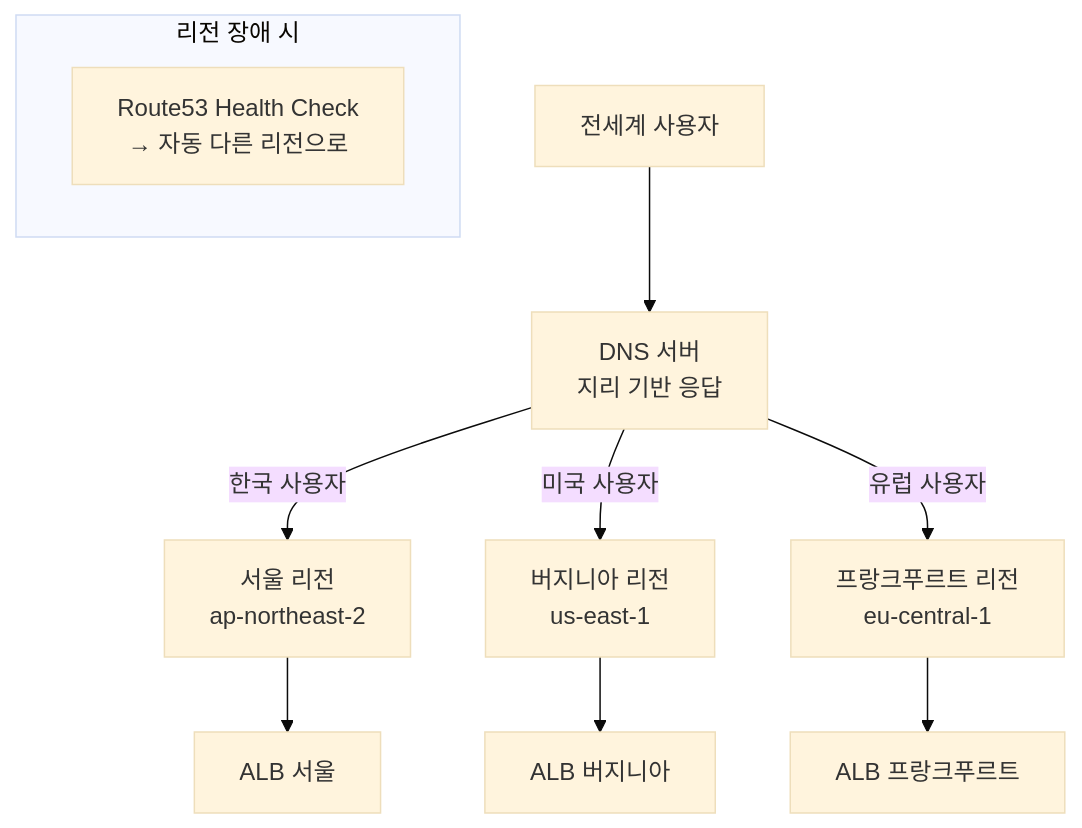
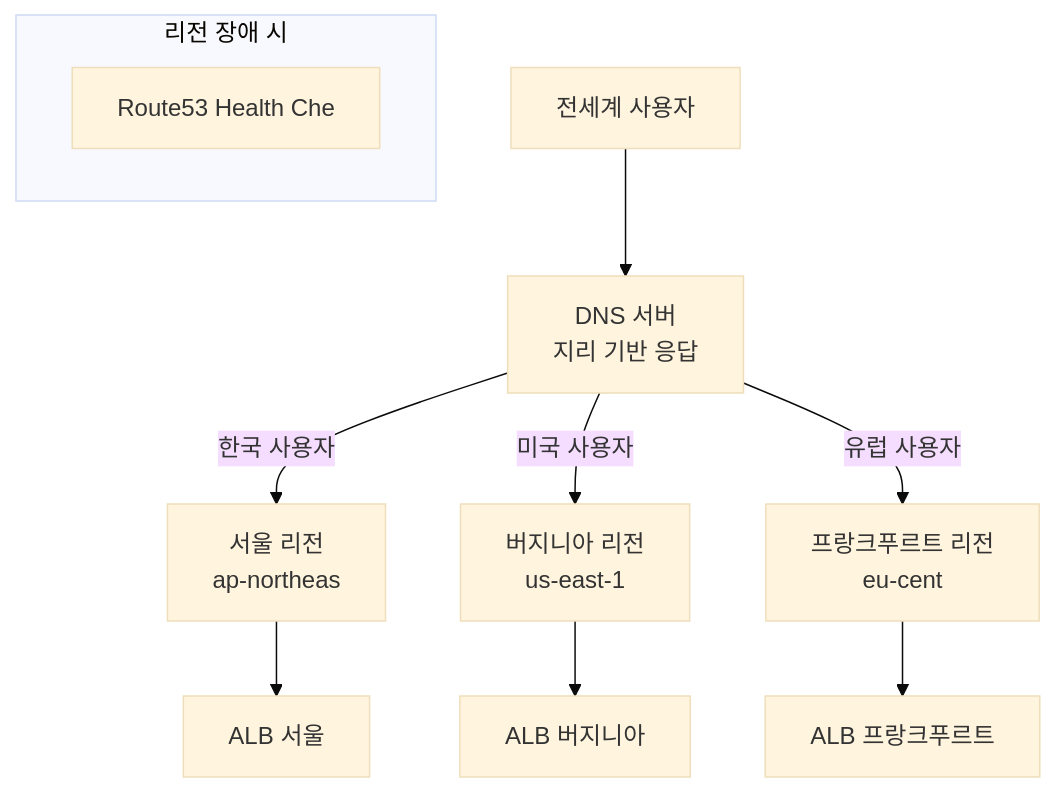
The fifth of 8 diagrams in _posts/network/2026-05-01-load-balancer.md (yjkim2015/yjkim2015.github.io), drawn with Mermaid (base theme) before and after one commit. The commit also changed other lines of this file and 271 other files, not shown here.

First line of the commit message:
Mermaid 라벨 축소: 긴 노드 텍스트 18자 이하로 트림 + \n 제거

````diff
--- a/_posts/network/2026-05-01-load-balancer.md
+++ b/_posts/network/2026-05-01-load-balancer.md
@@ -603,14 +603,14 @@
 ```mermaid
 graph TD
     User["전세계 사용자"]
     User --> DNS["DNS 서버\n지리 기반 응답"]
-    DNS -->|"한국 사용자"| Seoul["서울 리전\nap-northeast-2"]
+    DNS -->|"한국 사용자"| Seoul["서울 리전\nap-northeas"]
     DNS -->|"미국 사용자"| Virginia["버지니아 리전\nus-east-1"]
-    DNS -->|"유럽 사용자"| Frankfurt["프랑크푸르트 리전\neu-central-1"]
+    DNS -->|"유럽 사용자"| Frankfurt["프랑크푸르트 리전\neu-cent"]
     Seoul --> ALB_Seoul["ALB 서울"]
     Virginia --> ALB_VA["ALB 버지니아"]
     Frankfurt --> ALB_FRA["ALB 프랑크푸르트"]
     subgraph "리전 장애 시"
-        Failover["Route53 Health Check\n→ 자동 다른 리전으로"]
+        Failover["Route53 Health Che"]
     end
 ```
````
